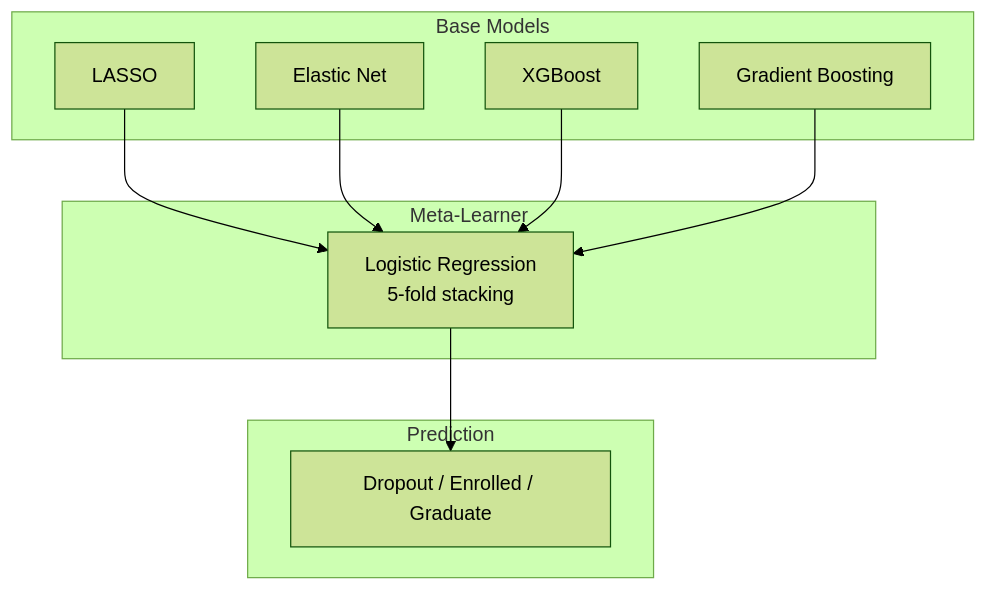
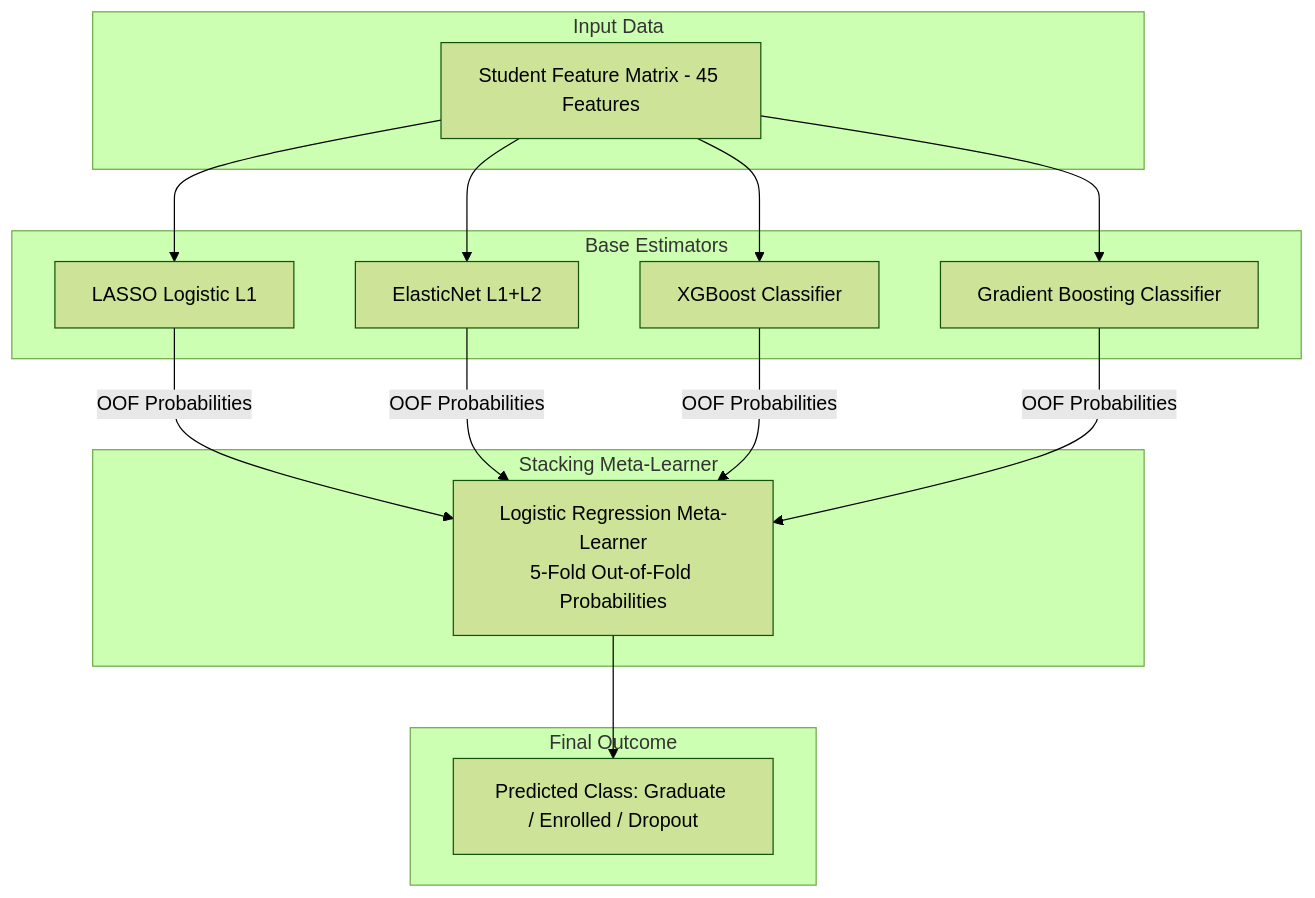
Before and after one commit to chandimacbbandara/student-retention-analysis: the diagram in README.md, drawn with Mermaid (forest theme). The commit also changed other lines of this file, not shown here.

Commit message:
docs: update README.md with full project analysis and embedded comparison charts

````diff
--- a/README.md
+++ b/README.md
@@ -46,23 +70,33 @@
 ```mermaid
 graph TD
-    subgraph Base Models
-        A[LASSO]
-        B[Elastic Net]
-        C[XGBoost]
-        D[Gradient Boosting]
+    subgraph Input Data
+        X[Student Feature Matrix - 45 Features]
     end
 
-    subgraph Meta-Learner
-        E[Logistic Regression<br>5-fold stacking]
+    subgraph Base Estimators
+        A[LASSO Logistic L1]
+        B[ElasticNet L1+L2]
+        C[XGBoost Classifier]
+        D[Gradient Boosting Classifier]
     end
 
-    subgraph Prediction
-        F[Dropout / Enrolled / Graduate]
+    subgraph Stacking Meta-Learner
+        E[Logistic Regression Meta-Learner<br/>5-Fold Out-of-Fold Probabilities]
     end
 
-    A --> E
-    B --> E
-    C --> E
-    D --> E
+    subgraph Final Outcome
+        F[Predicted Class: Graduate / Enrolled / Dropout]
+    end
+
+    X --> A
+    X --> B
+    X --> C
+    X --> D
+
+    A -->|OOF Probabilities| E
+    B -->|OOF Probabilities| E
+    C -->|OOF Probabilities| E
+    D -->|OOF Probabilities| E
+
     E --> F
 ```
````
